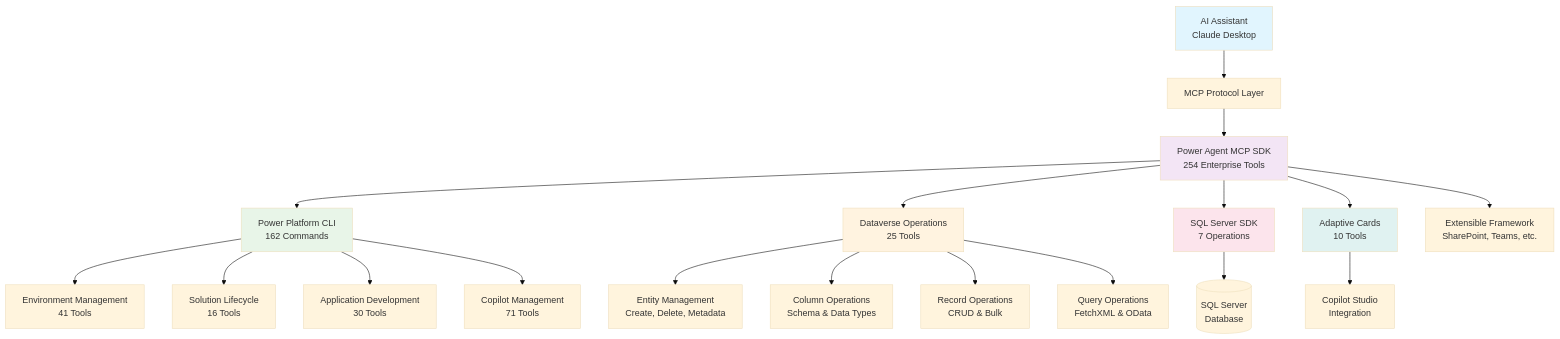
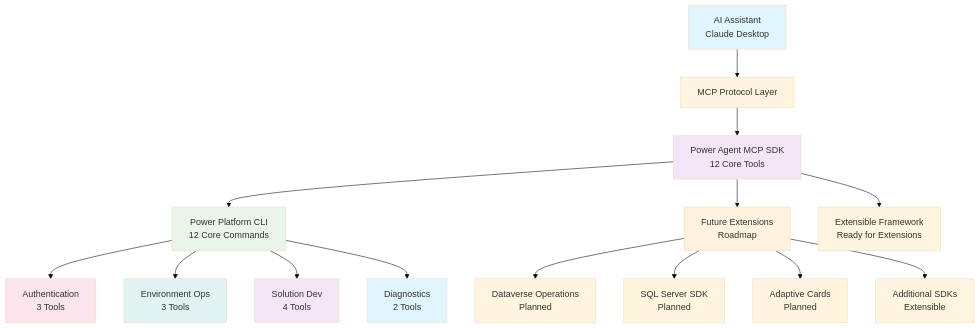
Before and after one commit to dayour/Power-Agent-MCP: the diagram in README.md, drawn with Mermaid (base theme). The commit also changed other lines of this file and 5 other files, not shown here.

````diff
--- a/README.md
+++ b/README.md
@@ -613,32 +473,29 @@
 ```mermaid
 graph TB
     AI[AI Assistant<br/>Claude Desktop] --> MCP[MCP Protocol Layer]
-    MCP --> PAM[Power Agent MCP SDK<br/>254 Enterprise Tools]
+    MCP --> PAM[Power Agent MCP SDK<br/>12 Core Tools]
 
-    PAM --> PP[Power Platform CLI<br/>162 Commands]
-    PAM --> DV[Dataverse Operations<br/>25 Tools]
-    PAM --> SQL[SQL Server SDK<br/>7 Operations]
-    PAM --> AC[Adaptive Cards<br/>10 Tools]
+    PAM --> PP[Power Platform CLI<br/>12 Core Commands]
+    PAM --> FUTURE[Future Extensions<br/>Roadmap]
 
-    PP --> ENV[Environment Management<br/>41 Tools]
-    PP --> SOL[Solution Lifecycle<br/>16 Tools]
-    PP --> APP[Application Development<br/>30 Tools]
-    PP --> COP[Copilot Management<br/>71 Tools]
+    PP --> AUTH[Authentication<br/>3 Tools]
+    PP --> ENV[Environment Ops<br/>3 Tools]
+    PP --> SOL[Solution Dev<br/>4 Tools]
+    PP --> DIAG[Diagnostics<br/>2 Tools]
 
-    DV --> ENT[Entity Management<br/>Create, Delete, Metadata]
-    DV --> COL[Column Operations<br/>Schema & Data Types]
-    DV --> REC[Record Operations<br/>CRUD & Bulk]
-    DV --> QRY[Query Operations<br/>FetchXML & OData]
+    FUTURE --> DV[Dataverse Operations<br/>Planned]
+    FUTURE --> SQL[SQL Server SDK<br/>Planned]
+    FUTURE --> AC[Adaptive Cards<br/>Planned]
+    FUTURE --> EXTEND[Additional SDKs<br/>Extensible]
 
-    SQL --> DB[(SQL Server<br/>Database)]
-    AC --> CS[Copilot Studio<br/>Integration]
-
-    PAM --> EXT[Extensible Framework<br/>SharePoint, Teams, etc.]
+    PAM --> EXT[Extensible Framework<br/>Ready for Extensions]
 
     style AI fill:#e1f5fe
     style PAM fill:#f3e5f5
     style PP fill:#e8f5e8
-    style DV fill:#fff3e0
-    style SQL fill:#fce4ec
-    style AC fill:#e0f2f1
+    style FUTURE fill:#fff3e0
+    style AUTH fill:#fce4ec
+    style ENV fill:#e0f2f1
+    style SOL fill:#f3e5f5
+    style DIAG fill:#e1f5fe
 ```
````
